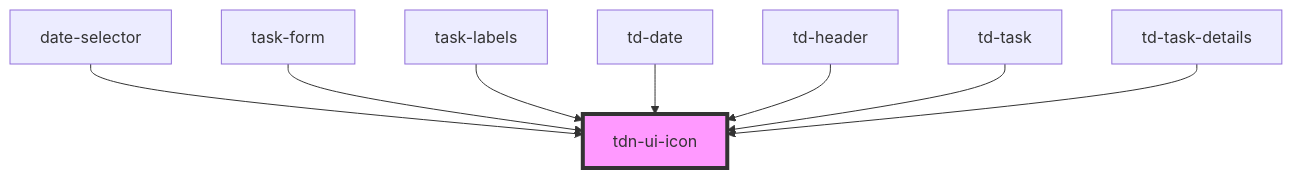
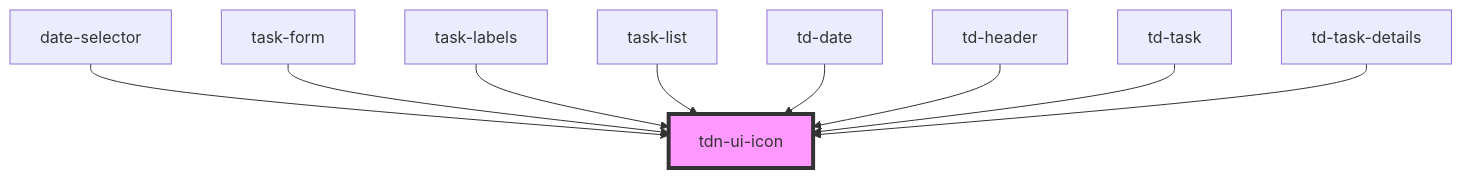
One commit to ajarana/to-done changed the diagram in libs/ui/src/components/design-system/icon/readme.md. Above: the diagram before and after it, drawn with Mermaid. The commit also changed other lines of this file and 22 other files, not shown here.

````diff
--- a/libs/ui/src/components/design-system/icon/readme.md
+++ b/libs/ui/src/components/design-system/icon/readme.md
@@ -32,11 +33,12 @@
 ```mermaid
 graph TD;
   date-selector --> tdn-ui-icon
   task-form --> tdn-ui-icon
   task-labels --> tdn-ui-icon
+  task-list --> tdn-ui-icon
   td-date --> tdn-ui-icon
   td-header --> tdn-ui-icon
   td-task --> tdn-ui-icon
   td-task-details --> tdn-ui-icon
   style tdn-ui-icon fill:#f9f,stroke:#333,stroke-width:4px
 ```
````
